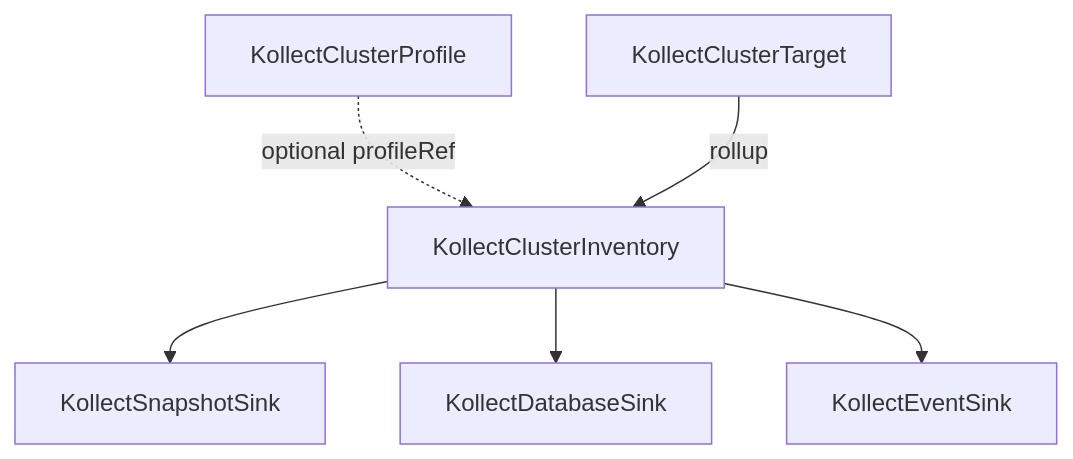
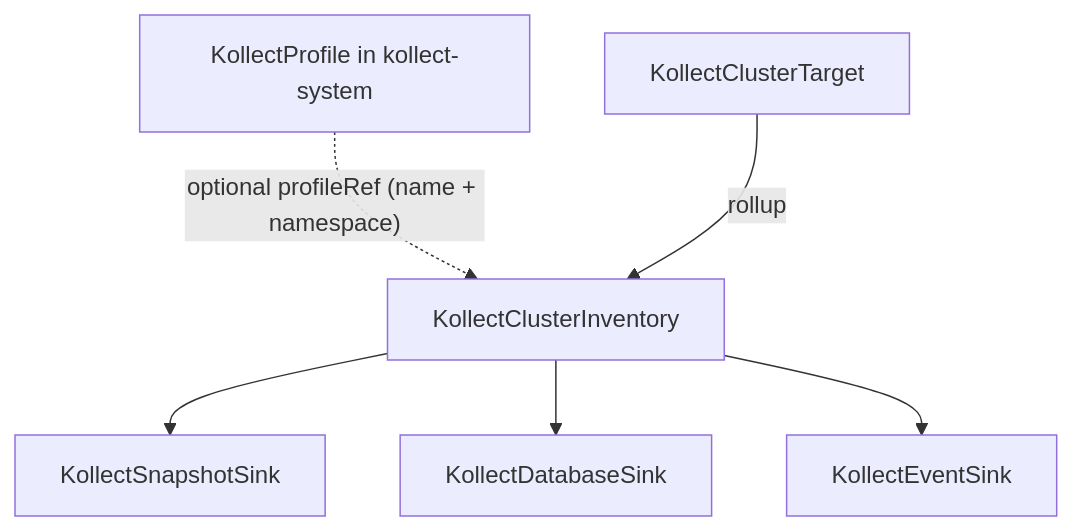
The diagram in docs/crds/kollectclusterinventory.md (konih/kollect), drawn with Mermaid before and after one commit. The commit also changed other lines of this file and 22 other files, not shown here.

````diff
--- a/docs/crds/kollectclusterinventory.md
+++ b/docs/crds/kollectclusterinventory.md
@@ -22,15 +22,15 @@
 ```mermaid
 flowchart TD
-  CProf[KollectClusterProfile]
+  Profile[KollectProfile in kollect-system]
   CTarget[KollectClusterTarget]
   CInv[KollectClusterInventory]
   Snap[KollectSnapshotSink]
   Db[KollectDatabaseSink]
   Ev[KollectEventSink]
 
-  CProf -.->|optional profileRef| CInv
+  Profile -.->|"optional profileRef (name + namespace)"| CInv
   CTarget -->|rollup| CInv
   CInv --> Snap
   CInv --> Db
   CInv --> Ev
 ```
````
